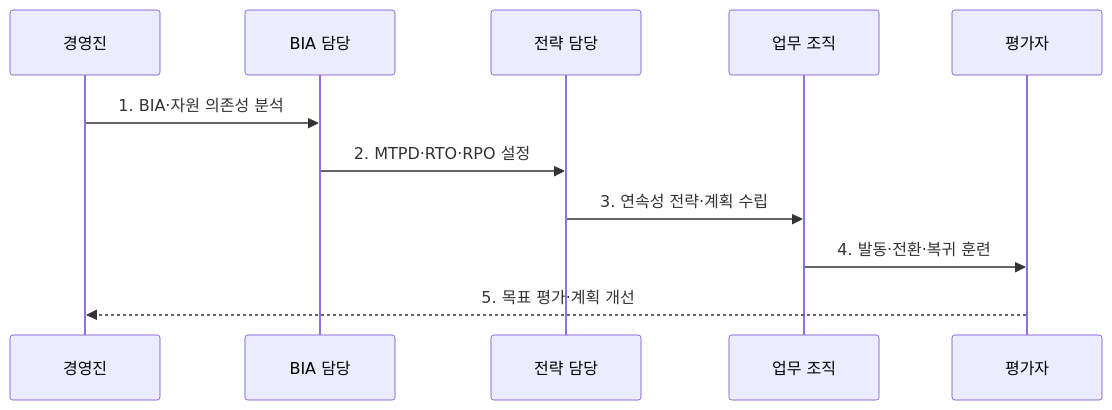
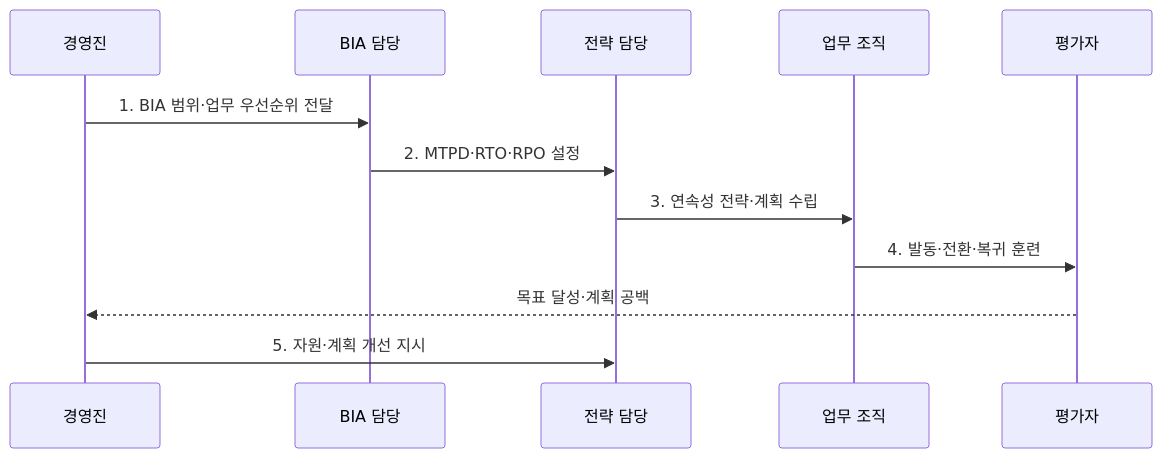
One commit to agnusdei1207/knowledge-base changed the second of 2 diagrams in src/content/docs/notes/05-security/110_business_continuity_plan.md. Above: the diagram before and after it, drawn with Mermaid. The commit also changed other lines of this file and 20 other files, not shown here.

````diff
--- a/src/content/docs/notes/05-security/110_business_continuity_plan.md
+++ b/src/content/docs/notes/05-security/110_business_continuity_plan.md
@@ -83,13 +84,14 @@
 ```mermaid
 sequenceDiagram
   participant M as 경영진
   participant B as BIA 담당
   participant S as 전략 담당
   participant O as 업무 조직
   participant A as 평가자
-  M->>B: 1. BIA·자원 의존성 분석
+  M->>B: 1. BIA 범위·업무 우선순위 전달
   B->>S: 2. MTPD·RTO·RPO 설정
   S->>O: 3. 연속성 전략·계획 수립
   O->>A: 4. 발동·전환·복귀 훈련
-  A-->>M: 5. 목표 평가·계획 개선
+  A-->>M: 목표 달성·계획 공백
+  M->>S: 5. 자원·계획 개선 지시
 ```
````
